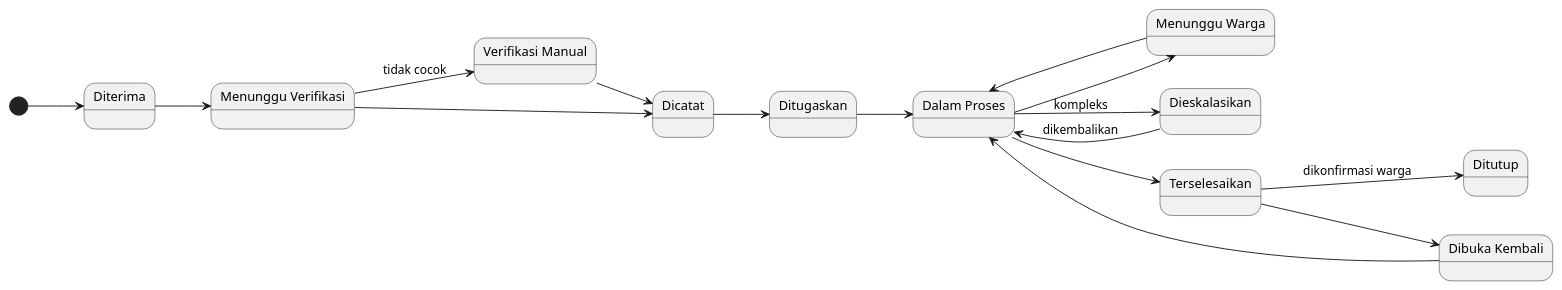
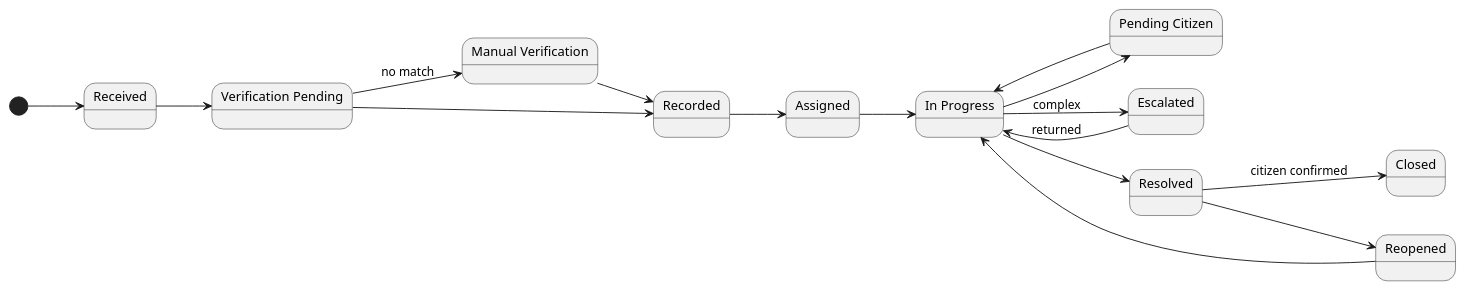
Diagram 17 of 26 in doc/SADD Task 2 - Bahasa Indonesia.md (jimmytobing/virtusa), drawn with PlantUML before and after one commit. The commit also changed other lines of this file, not shown here.

````diff
--- a/doc/SADD Task 2 - Bahasa Indonesia.md
+++ b/doc/SADD Task 2 - Bahasa Indonesia.md
@@ -1183,34 +1185,34 @@
 ```plantuml
 @startuml
 left to right direction
 
-state "Diterima" as Received
-state "Menunggu Verifikasi" as VerificationPending
-state "Verifikasi Manual" as ManualVerification
-state "Dicatat" as Recorded
-state "Ditugaskan" as Assigned
-state "Dalam Proses" as InProgress
-state "Menunggu Warga" as PendingCitizen
-state "Dieskalasikan" as Escalated
-state "Terselesaikan" as Resolved
-state "Dibuka Kembali" as Reopened
-state "Ditutup" as Closed
+state "Received" as Received
+state "Verification Pending" as VerificationPending
+state "Manual Verification" as ManualVerification
+state "Recorded" as Recorded
+state "Assigned" as Assigned
+state "In Progress" as InProgress
+state "Pending Citizen" as PendingCitizen
+state "Escalated" as Escalated
+state "Resolved" as Resolved
+state "Reopened" as Reopened
+state "Closed" as Closed
 
 [*] --> Received
 Received --> VerificationPending
 VerificationPending --> Recorded
-VerificationPending --> ManualVerification : tidak cocok
+VerificationPending --> ManualVerification : no match
 ManualVerification --> Recorded
 Recorded --> Assigned
 Assigned --> InProgress
 InProgress --> PendingCitizen
 PendingCitizen --> InProgress
-InProgress --> Escalated : kompleks
-Escalated --> InProgress : dikembalikan
+InProgress --> Escalated : complex
+Escalated --> InProgress : returned
 InProgress --> Resolved
-Resolved --> Closed : dikonfirmasi warga
+Resolved --> Closed : citizen confirmed
 Resolved --> Reopened
 Reopened --> InProgress
 
 @enduml
 ```
````
